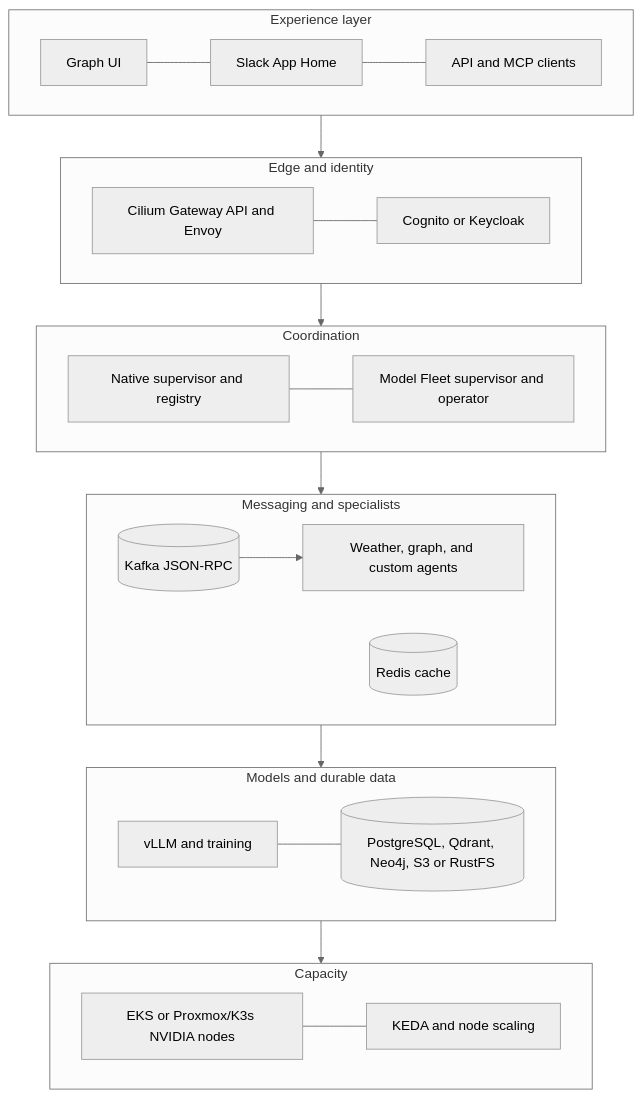
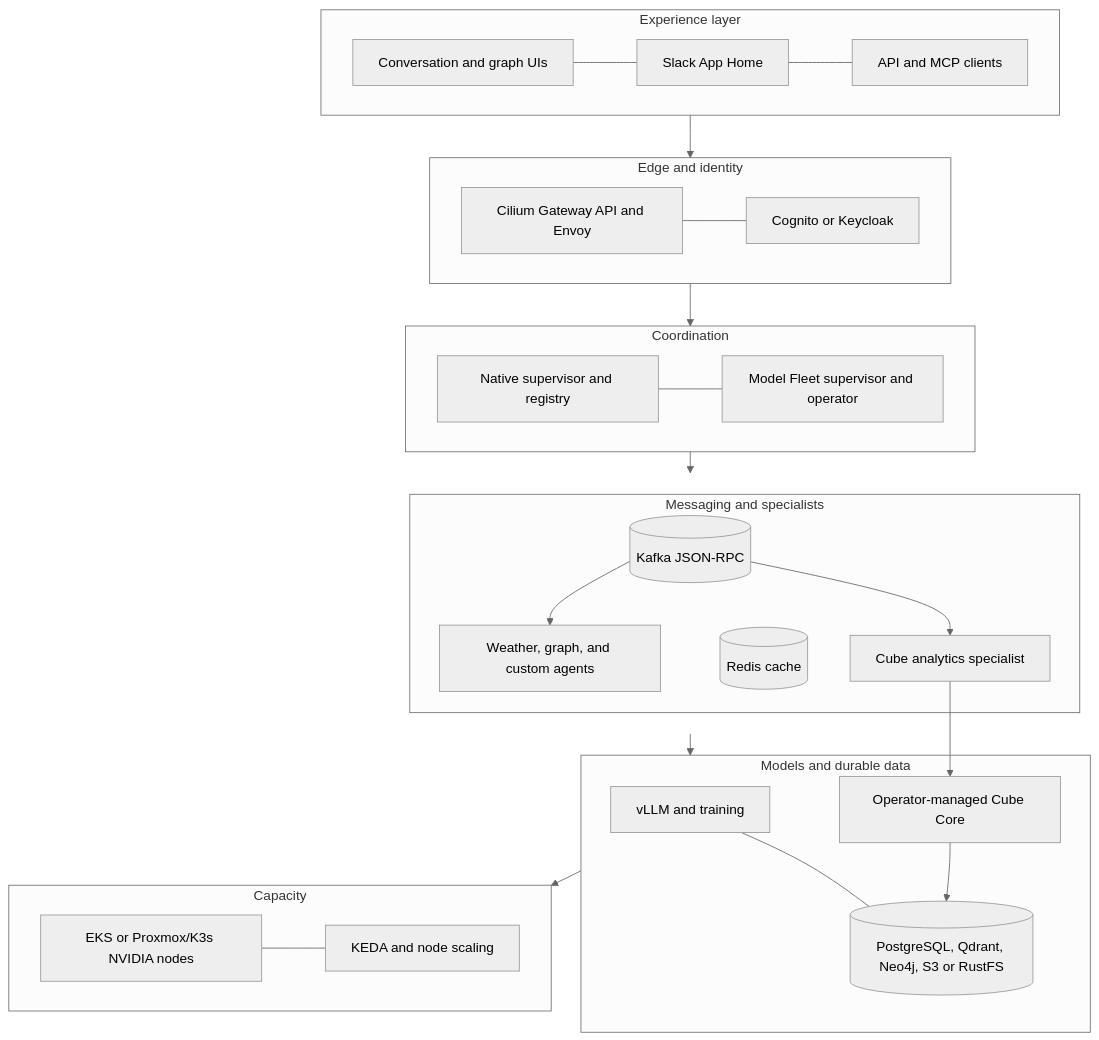
One commit to sqe/agentic-kubernetes-platform changed the first of 3 diagrams in docs/ARCHITECTURE.md. Above: the diagram before and after it, drawn with Mermaid (neutral theme). The commit also changed other lines of this file and 54 other files, not shown here.

````diff
--- a/docs/ARCHITECTURE.md
+++ b/docs/ARCHITECTURE.md
@@ -18,23 +18,26 @@
 ```mermaid
 flowchart TB
     subgraph Experience[Experience layer]
-        UI[Graph UI] --- Slack[Slack App Home] --- Clients[API and MCP clients]
+        UI[Conversation and graph UIs] --- Slack[Slack App Home] --- Clients[API and MCP clients]
     end
     subgraph Edge[Edge and identity]
         Gateway[Cilium Gateway API and Envoy] --- IdP[Cognito or Keycloak]
     end
     subgraph Control[Coordination]
         Native[Native supervisor and registry] --- Fleet[Model Fleet supervisor and operator]
     end
     subgraph Runtime[Messaging and specialists]
         Kafka[(Kafka JSON-RPC)] --> Agents[Weather, graph, and custom agents]
+        Kafka --> Analytics[Cube analytics specialist]
         Redis[(Redis cache)]
     end
     subgraph Data[Models and durable data]
         Models[vLLM and training] --- Stores[(PostgreSQL, Qdrant, Neo4j, S3 or RustFS)]
+        Analytics --> Cube[Operator-managed Cube Core]
+        Cube --> Stores
     end
     subgraph Capacity[Capacity]
         Compute[EKS or Proxmox/K3s NVIDIA nodes] --- Scaling[KEDA and node scaling]
     end
     Experience --> Edge --> Control --> Runtime --> Data --> Capacity
 ```
````
